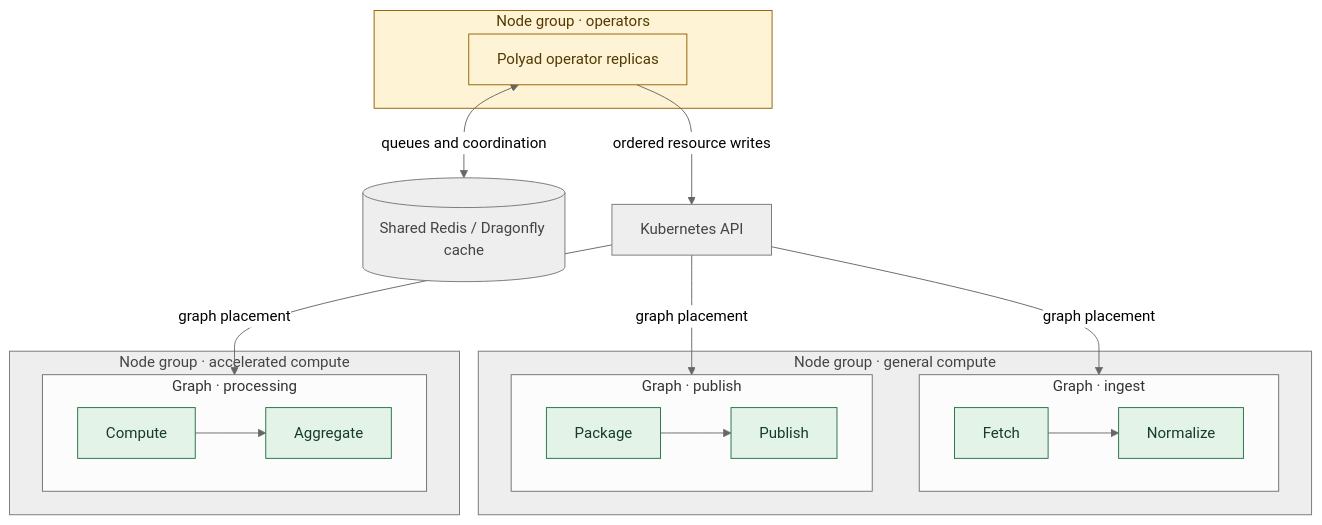
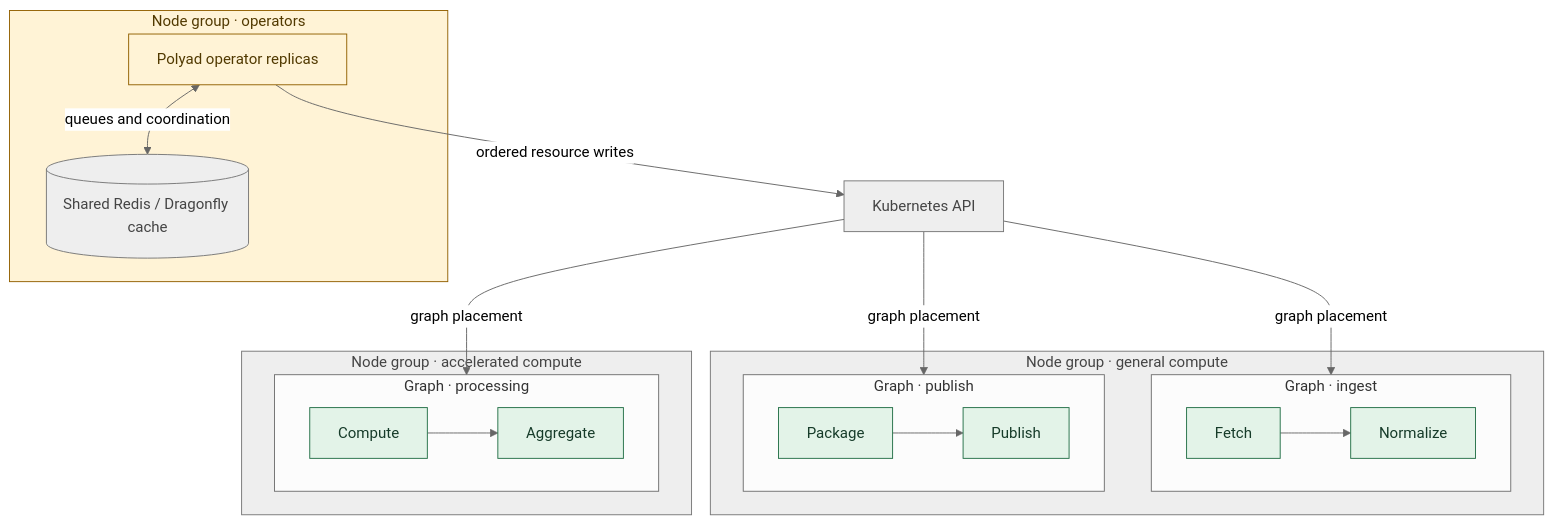
The fourth of 7 diagrams in README.md (astrivant/polyad), drawn with Mermaid (neutral theme) before and after one commit. The commit also changed other lines of this file and 36 other files, not shown here.

````diff
--- a/README.md
+++ b/README.md
@@ -102,35 +102,35 @@
 ```mermaid
 flowchart TB
     subgraph control["Node group · operators"]
         operator["Polyad operator replicas"]
+        cache[("Shared Redis / Dragonfly cache")]
     end
-    cache[("Shared Redis / Dragonfly cache")]
     api["Kubernetes API"]
     operator <-->|"queues and coordination"| cache
     operator -->|"ordered resource writes"| api
     subgraph groupA["Node group · general compute"]
         subgraph graphA["Graph · ingest"]
             fetch["Fetch"] --> normalize["Normalize"]
         end
         subgraph graphB["Graph · publish"]
             package["Package"] --> publish["Publish"]
         end
     end
     subgraph groupB["Node group · accelerated compute"]
         subgraph graphC["Graph · processing"]
             compute["Compute"] --> aggregate["Aggregate"]
         end
     end
     api -->|"graph placement"| graphA
     api -->|"graph placement"| graphB
     api -->|"graph placement"| graphC
     classDef execution fill:#e3f3e8,stroke:#247047,color:#163b29
     classDef constraint fill:#fff3d6,stroke:#926000,color:#513900
     classDef resource fill:#eeeeee,stroke:#777777,color:#444444
     class fetch,normalize,package,publish,compute,aggregate execution
     class operator constraint
     class api,cache resource
     style control fill:#fff3d6,stroke:#926000,color:#513900
     style groupA fill:#eeeeee,stroke:#777777,color:#444444
     style groupB fill:#eeeeee,stroke:#777777,color:#444444
 ```
````
